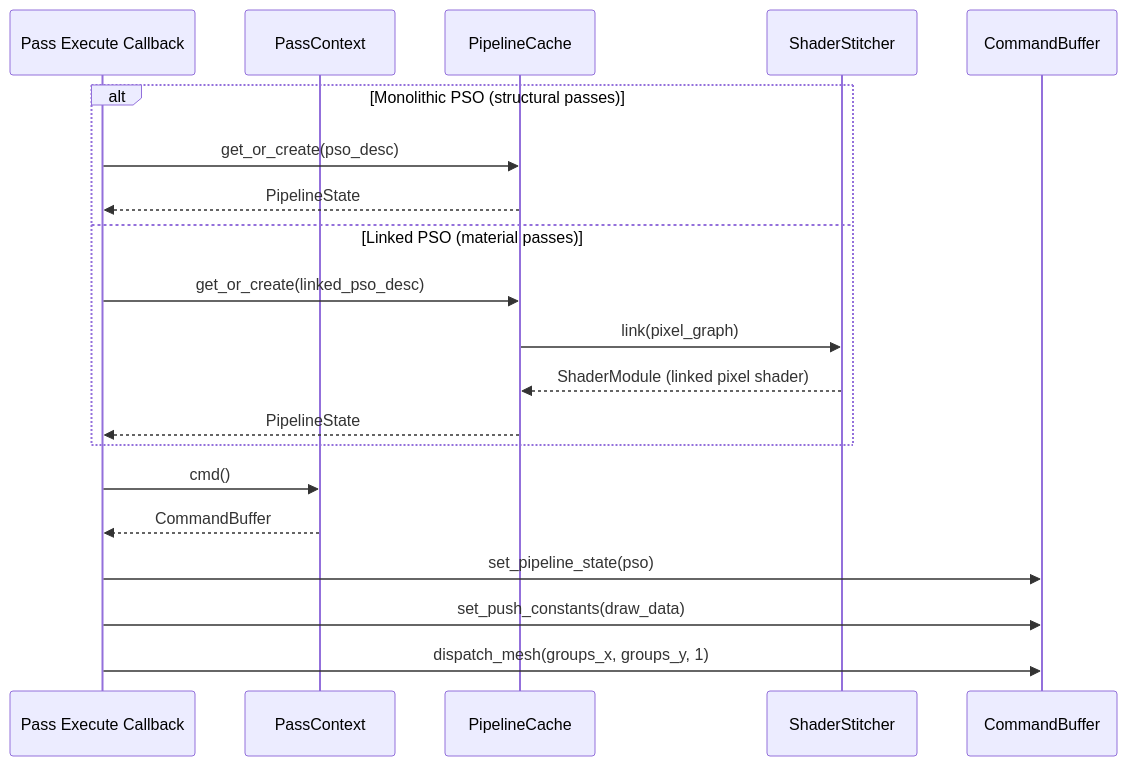
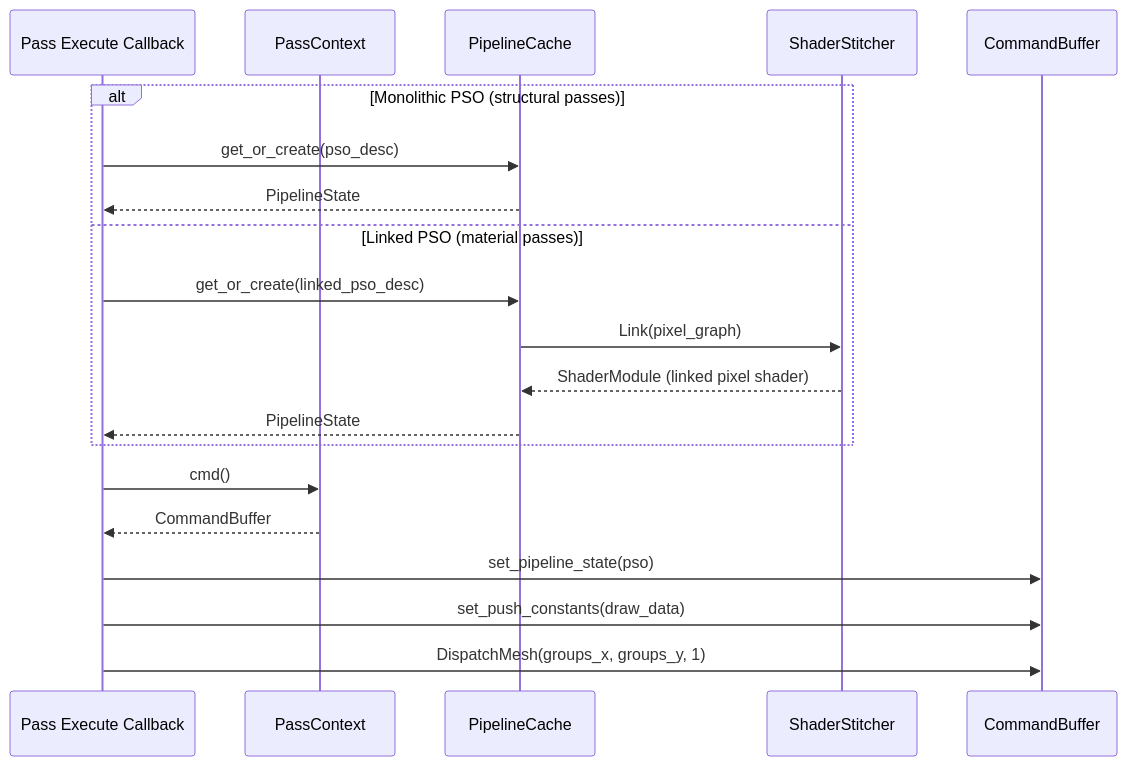
Before and after one commit to harmonius-dev/harmonius: the ninth of 10 diagrams in docs/design/shader-pipeline.md, drawn with Mermaid. The commit also changed other lines of this file and 67 other files, not shown here.

````diff
--- a/docs/design/shader-pipeline.md
+++ b/docs/design/shader-pipeline.md
@@ -1357,23 +1316,23 @@
 ```mermaid
 sequenceDiagram
     participant Pass as Pass Execute Callback
     participant Ctx as PassContext
     participant Cache as PipelineCache
     participant Stitcher as ShaderStitcher
     participant Cmd as CommandBuffer
 
     alt Monolithic PSO (structural passes)
         Pass->>Cache: get_or_create(pso_desc)
         Cache-->>Pass: PipelineState
     else Linked PSO (material passes)
         Pass->>Cache: get_or_create(linked_pso_desc)
-        Cache->>Stitcher: link(pixel_graph)
+        Cache->>Stitcher: Link(pixel_graph)
         Stitcher-->>Cache: ShaderModule (linked pixel shader)
         Cache-->>Pass: PipelineState
     end
     Pass->>Ctx: cmd()
     Ctx-->>Pass: CommandBuffer
     Pass->>Cmd: set_pipeline_state(pso)
     Pass->>Cmd: set_push_constants(draw_data)
-    Pass->>Cmd: dispatch_mesh(groups_x, groups_y, 1)
+    Pass->>Cmd: DispatchMesh(groups_x, groups_y, 1)
 ```
````
